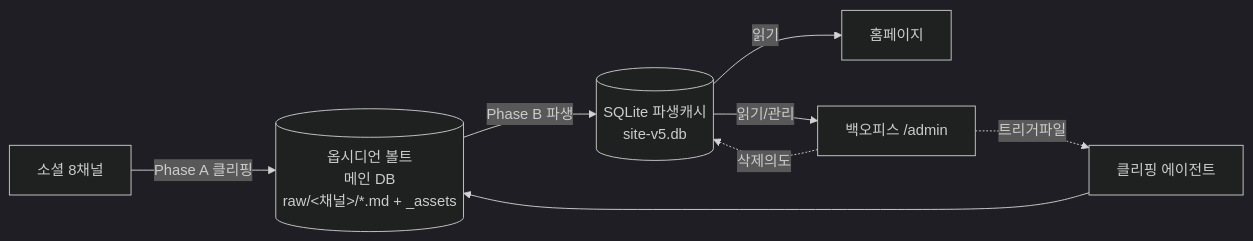
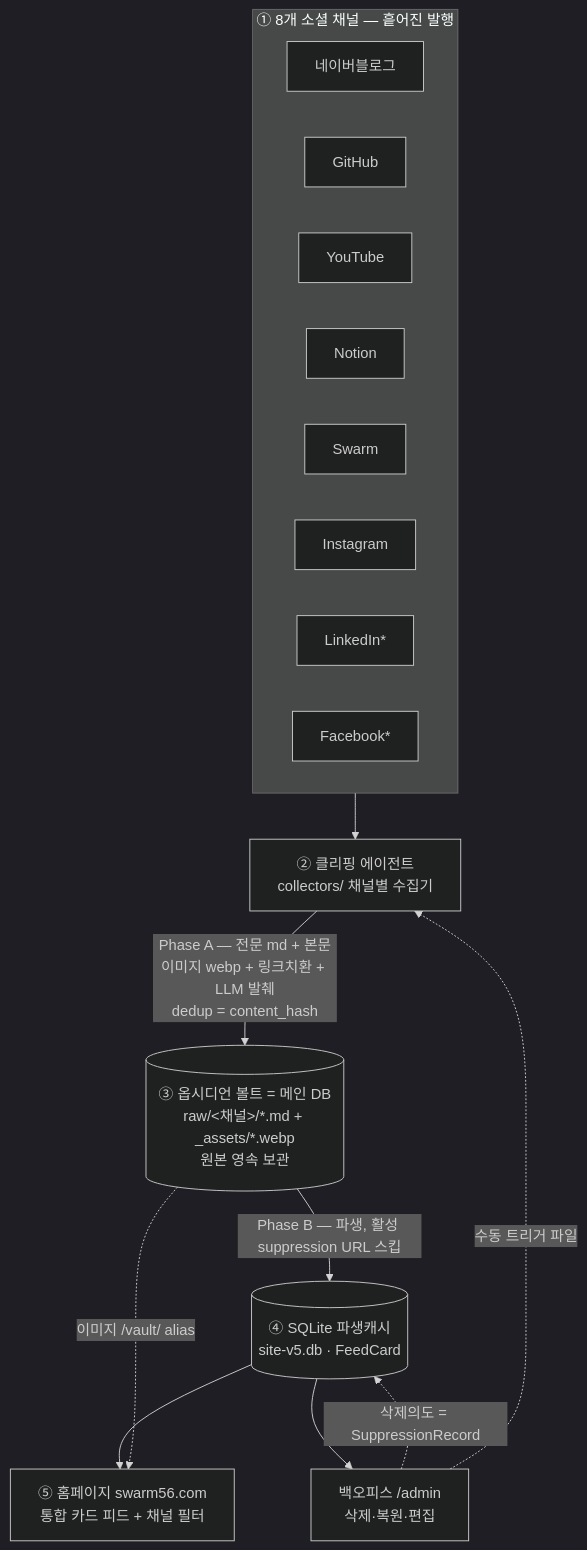
One commit to hudalisque/swarm56-web changed the second of 4 diagrams in PROJECT_OVERVIEW.md. Above: the diagram before and after it, drawn with Mermaid (dark theme). The commit also changed other lines of this file and 2 other files, not shown here.

First line of the commit message:
docs: 프로젝트 개요 보강 — 허브 목적 격상 + 아키텍처 다이어그램 시각화

````diff
--- a/PROJECT_OVERVIEW.md
+++ b/PROJECT_OVERVIEW.md
@@ -99,9 +116,22 @@
 ```mermaid
-flowchart LR
-  SNS[소셜 8채널] -->|Phase A 클리핑| VAULT[(옵시디언 볼트<br/>메인 DB<br/>raw/&lt;채널&gt;/*.md + _assets)]
-  VAULT -->|Phase B 파생| DB[(SQLite 파생캐시<br/>site-v5.db)]
-  DB -->|읽기| WEB[홈페이지]
-  DB -->|읽기/관리| ADMIN[백오피스 /admin]
-  ADMIN -.->|삭제의도| DB
-  ADMIN -.->|트리거파일| AGENT[클리핑 에이전트] --> VAULT
+flowchart TB
+  subgraph SRC[① 8개 소셜 채널 — 흩어진 발행]
+    direction LR
+    C1[네이버블로그]
+    C2[GitHub]
+    C3[YouTube]
+    C4[Notion]
+    C5[Swarm]
+    C6[Instagram]
+    C7[LinkedIn*]
+    C8[Facebook*]
+  end
+  SRC --> COL[② 클리핑 에이전트<br/>collectors/ 채널별 수집기]
+  COL -->|Phase A — 전문 md + 본문이미지 webp + 링크치환 + LLM 발췌<br/>dedup = content_hash| VAULT[(③ 옵시디언 볼트 = 메인 DB<br/>raw/&lt;채널&gt;/*.md + _assets/*.webp<br/>원본 영속 보관)]
+  VAULT -->|Phase B — 파생, 활성 suppression URL 스킵| DB[(④ SQLite 파생캐시<br/>site-v5.db · FeedCard)]
+  DB --> WEB[⑤ 홈페이지 swarm56.com<br/>통합 카드 피드 + 채널 필터]
+  DB --> ADMIN[백오피스 /admin<br/>삭제·복원·편집]
+  ADMIN -.->|삭제의도 = SuppressionRecord| DB
+  ADMIN -.->|수동 트리거 파일| COL
+  VAULT -.->|이미지 /vault/ alias| WEB
 ```
````
